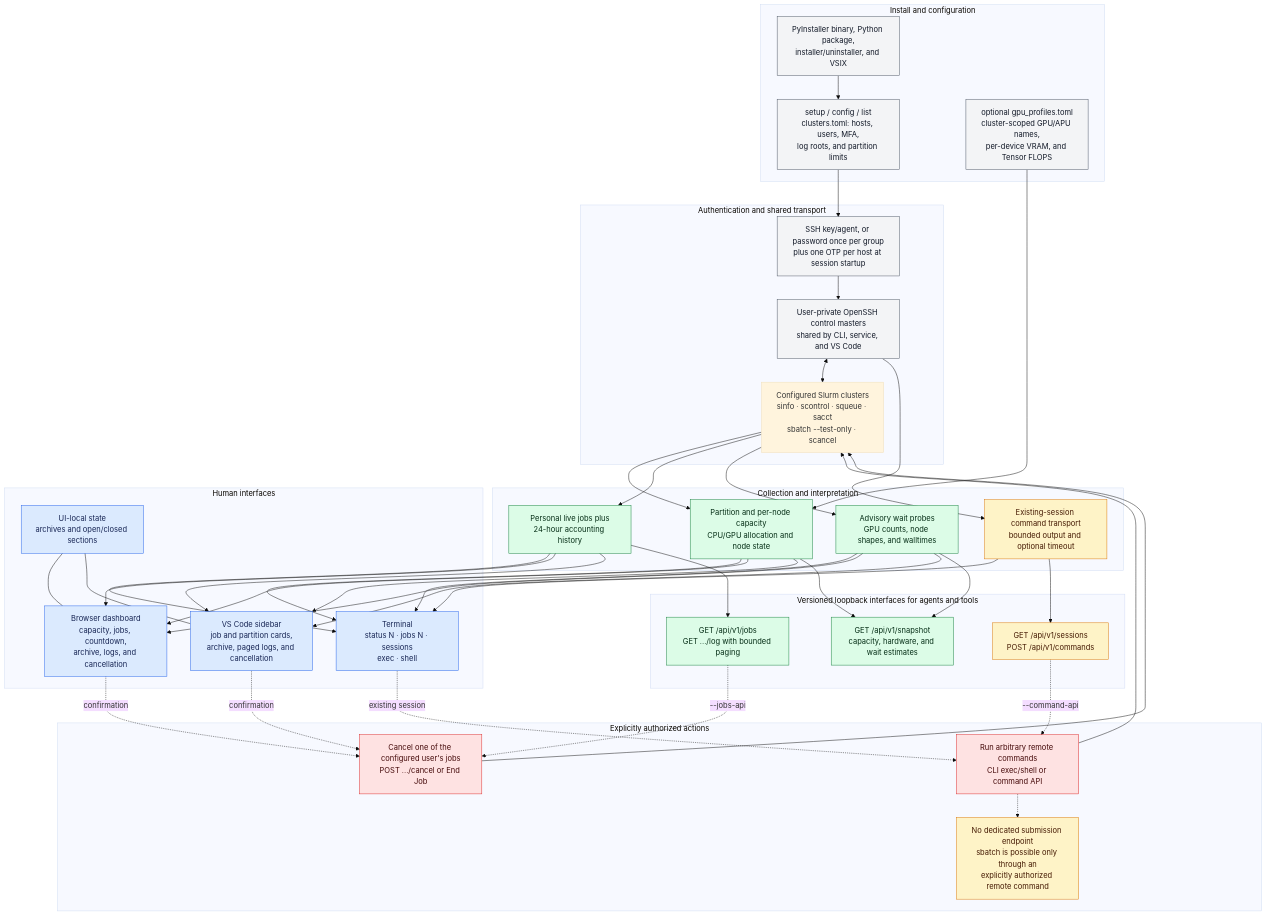
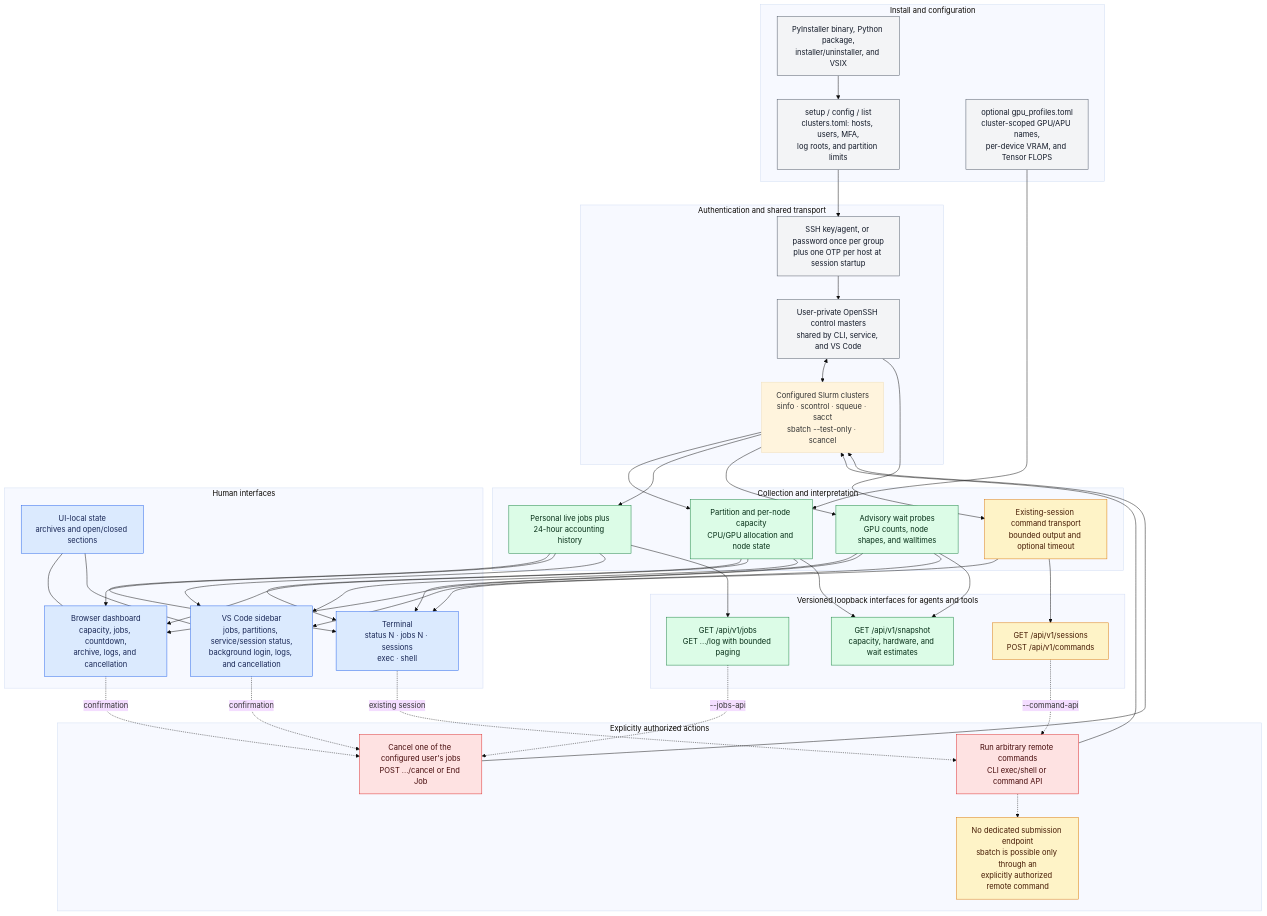
Before and after one commit to CameronBraunstein/cluster-watcher: the diagram in README.md, drawn with Mermaid (base theme). The commit also changed other lines of this file and 29 other files, not shown here.

```diff
--- a/README.md
+++ b/README.md
@@ -1173,7 +1218,7 @@
     subgraph human["Human interfaces"]
         Terminal["Terminal<br/>status N · jobs N · sessions<br/>exec · shell"]
         Browser["Browser dashboard<br/>capacity, jobs, countdown,<br/>archive, logs, and cancellation"]
-        VSCode["VS Code sidebar<br/>job and partition cards,<br/>archive, paged logs, and cancellation"]
+        VSCode["VS Code sidebar<br/>jobs, partitions, service/session status,<br/>background login, logs, and cancellation"]
         LocalState["UI-local state<br/>archives and open/closed sections"]
         LocalState --- Browser
         LocalState --- VSCode
```
